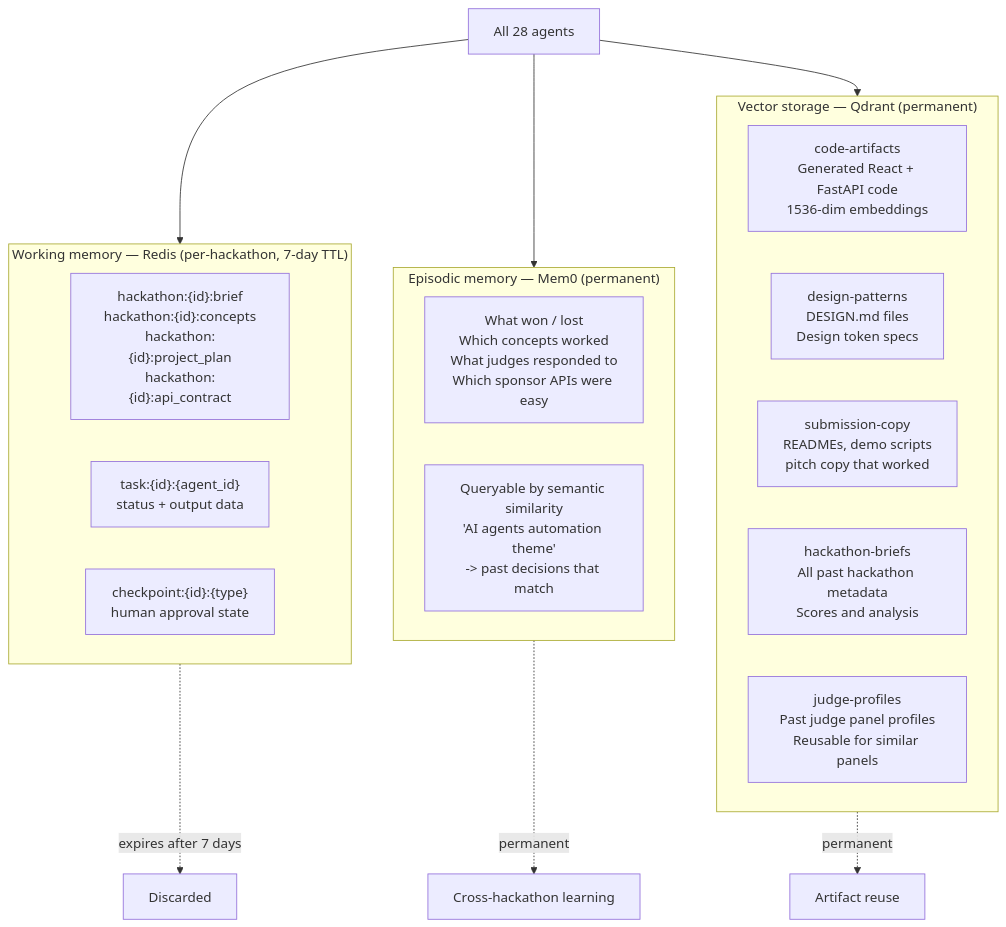
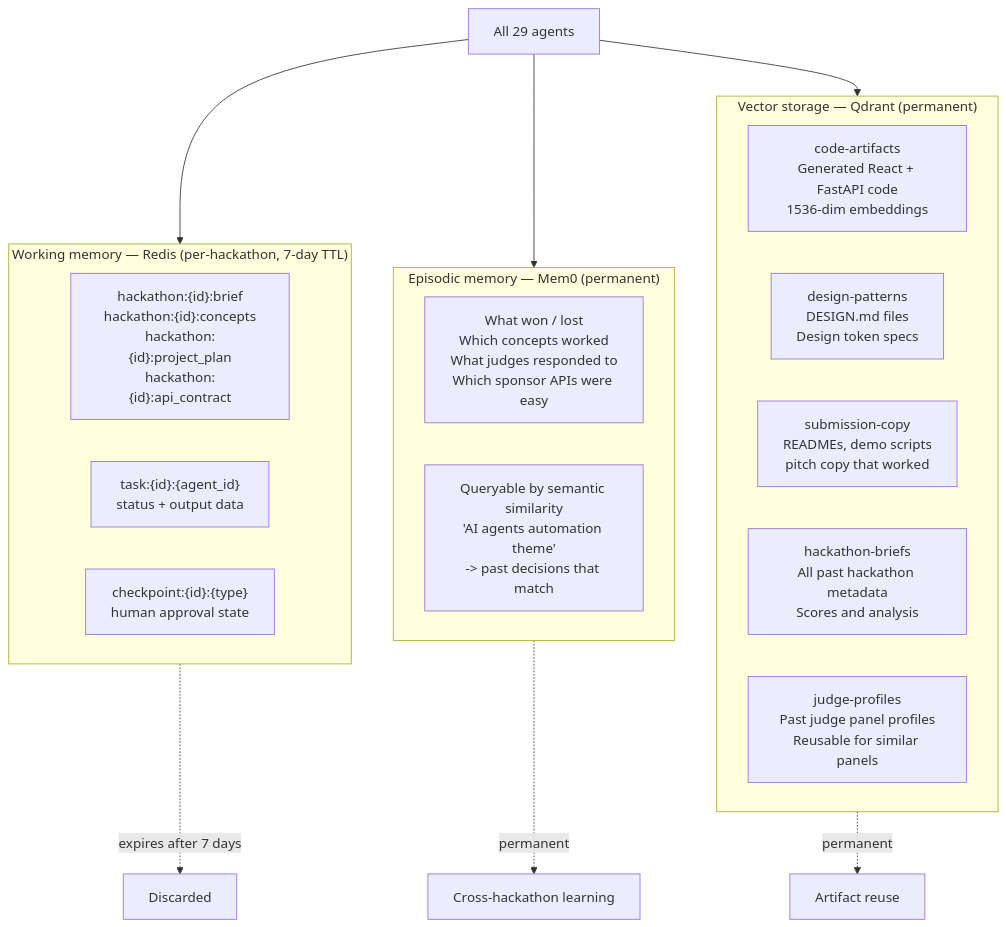
Before and after one commit to snowby666/forge: the first of 3 diagrams in docs/06-memory-system.md, drawn with Mermaid. The commit also changed 11 other files, not shown here.

````diff
--- a/docs/06-memory-system.md
+++ b/docs/06-memory-system.md
@@ -9,28 +9,28 @@
 ```mermaid
 graph TB
     subgraph WORKING["Working memory — Redis (per-hackathon, 7-day TTL)"]
         R1["hackathon:{id}:brief\nhackathon:{id}:concepts\nhackathon:{id}:project_plan\nhackathon:{id}:api_contract"]
         R2["task:{id}:{agent_id}\nstatus + output data"]
         R3["checkpoint:{id}:{type}\nhuman approval state"]
     end
 
     subgraph EPISODIC["Episodic memory — Mem0 (permanent)"]
         M1["What won / lost\nWhich concepts worked\nWhat judges responded to\nWhich sponsor APIs were easy"]
         M2["Queryable by semantic similarity\n'AI agents automation theme'\n-> past decisions that match"]
     end
 
     subgraph VECTOR["Vector storage — Qdrant (permanent)"]
         Q1["code-artifacts\nGenerated React + FastAPI code\n1536-dim embeddings"]
         Q2["design-patterns\nDESIGN.md files\nDesign token specs"]
         Q3["submission-copy\nREADMEs, demo scripts\npitch copy that worked"]
         Q4["hackathon-briefs\nAll past hackathon metadata\nScores and analysis"]
         Q5["judge-profiles\nPast judge panel profiles\nReusable for similar panels"]
     end
 
-    AGENTS["All 28 agents"] --> WORKING
+    AGENTS["All 29 agents"] --> WORKING
     AGENTS --> EPISODIC
     AGENTS --> VECTOR
     WORKING -.->|expires after 7 days| GONE["Discarded"]
     EPISODIC -.->|permanent| LEARN["Cross-hackathon learning"]
     VECTOR -.->|permanent| REUSE["Artifact reuse"]
 ```
````
